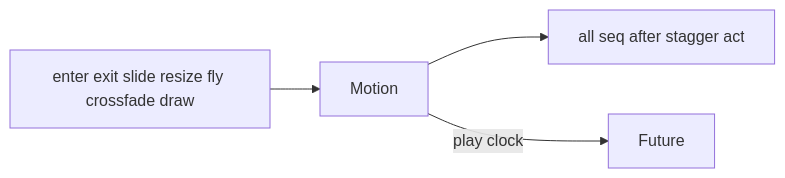
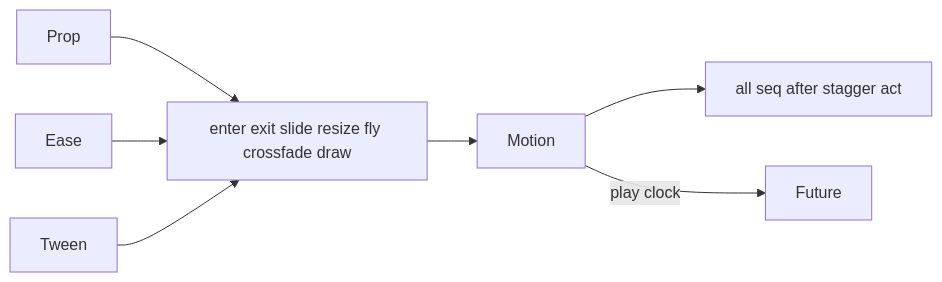
The diagram in crates/motion/AGENTS.md (krukah/redex), drawn with Mermaid before and after one commit. The commit also changed other lines of this file and 8 other files, not shown here.

````diff
--- a/crates/motion/AGENTS.md
+++ b/crates/motion/AGENTS.md
@@ -3,6 +3,7 @@
 ```mermaid
 flowchart LR
   Primitive[enter exit slide resize fly crossfade draw] --> Motion
   Motion --> Composition[all seq after stagger act]
   Motion -->|play clock| Future
+  Prop & Ease & Tween --> Primitive
 ```
````
